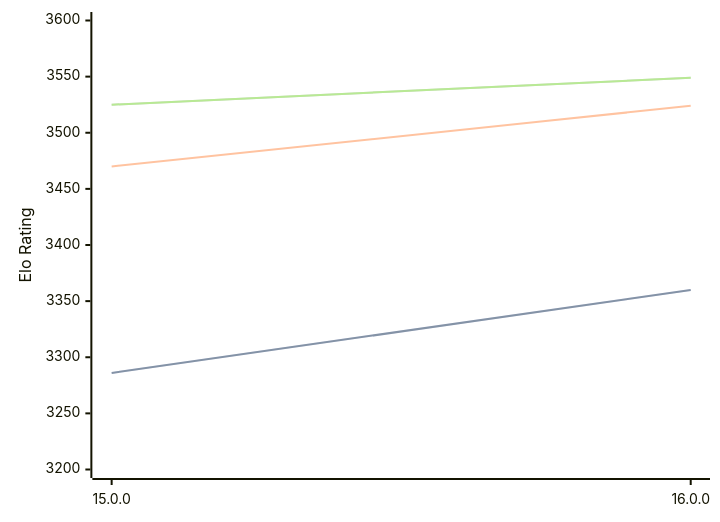
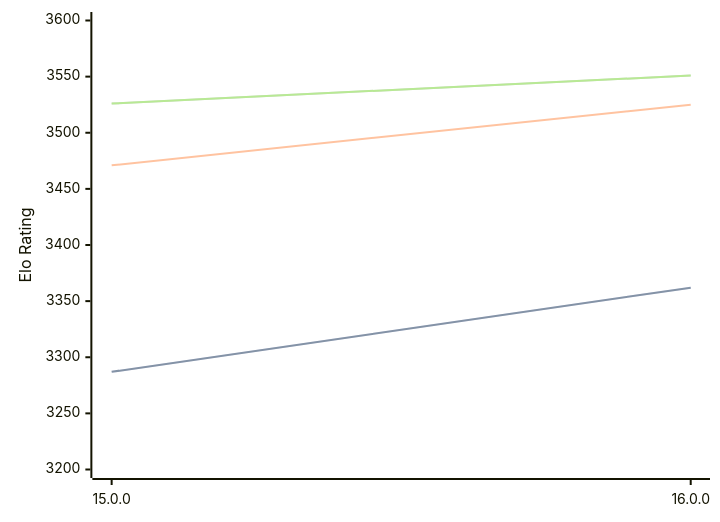
The diagram in engines/Halogen.md (computer-chess-index/cci), drawn with Mermaid before and after one commit. The commit also changed other lines of this file, not shown here.

Commit message:
Update CCI Ratings (ELO VLTC) - 2026-08-26

````diff
--- a/engines/Halogen.md
+++ b/engines/Halogen.md
@@ -32,11 +32,11 @@
 ```mermaid
 %%{init: {"theme":"base","themeVariables":{"seriesColors:['#a3a3a3','#222221','#faa371']}}}%%
 xychart-beta
   x-axis ["15.0.0", "16.0.0"]
   y-axis "Elo Rating" 3200 --> 3600
-  line "STC (8.0+0.08s)" [3286, 3360]
-  line "STC (8.0+0.08s)" [3286, 3360]
-  line "LTC (60.0+0.60s)" [3470, 3524]
-  line "VLTC (2m24s+1.12s)" [3525, 3549]
-  line "VLTC (2m24s+1.12s)" [3525, 3549]
+  line "STC (8.0+0.08s)" [3287, 3362]
+  line "STC (8.0+0.08s)" [3287, 3362]
+  line "LTC (60.0+0.60s)" [3471, 3525]
+  line "VLTC (2m24s+1.12s)" [3526, 3551]
+  line "VLTC (2m24s+1.12s)" [3526, 3551]
 ```
````
